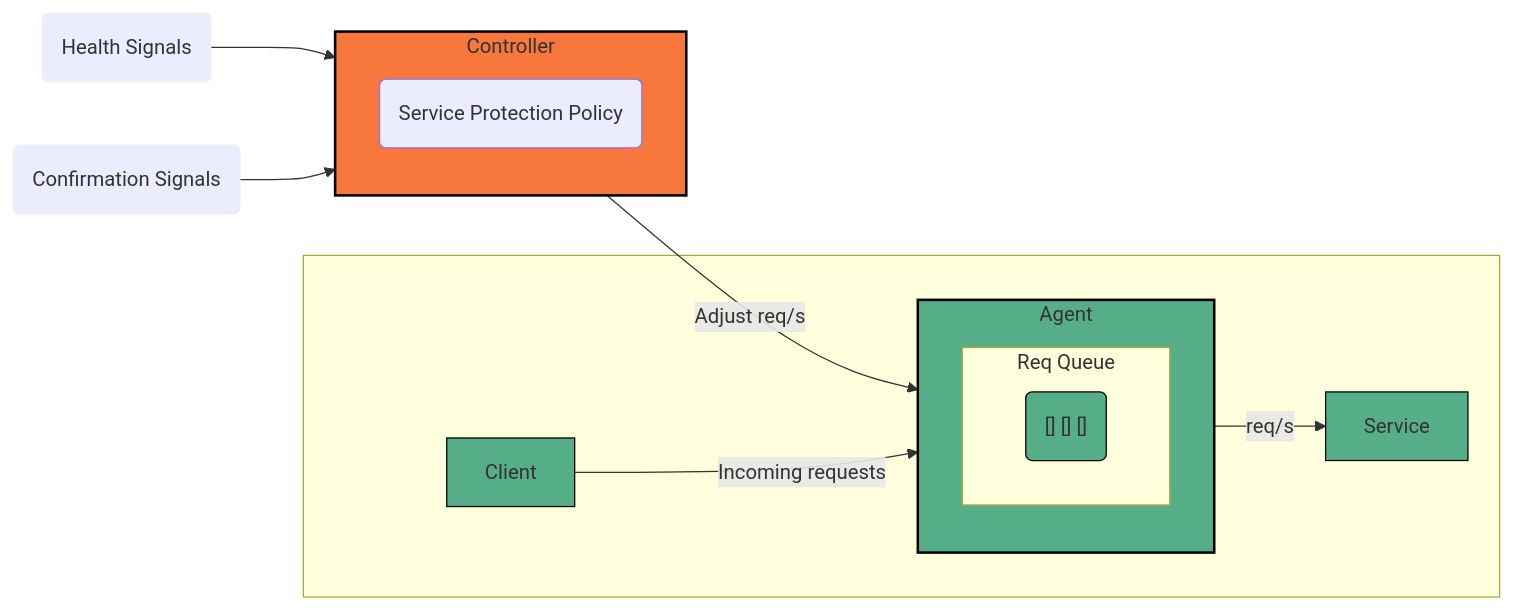
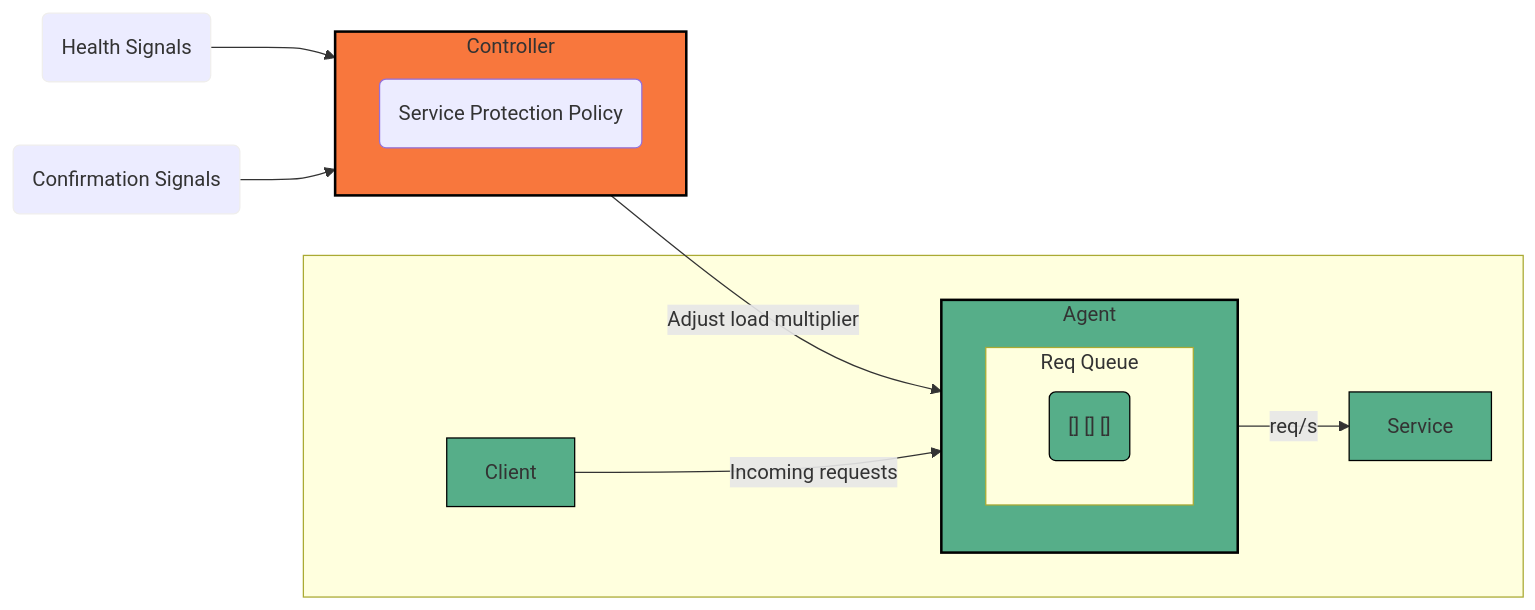
Before and after one commit to fluxninja/aperture: the diagram in docs/content/use-cases/assets/service-protection.mmd, drawn with Mermaid. The commit also changed 4 other files, not shown here.

```diff
--- a/docs/content/use-cases/assets/service-protection.mmd
+++ b/docs/content/use-cases/assets/service-protection.mmd
@@ -1,31 +1,31 @@
 flowchart LR
 
 classDef Controller fill:#F8773D,stroke:#000000,stroke-width:2px;
 classDef Agent fill:#56AE89,stroke:#000000,stroke-width:2px;
 classDef Signal stroke:#EFEEED,stroke-width:1px;
 classDef Service fill:#56AE89,stroke:#000000,stroke-width:1px;
 
 HS("Health Signals") --> Controller
 class HS Signal
 CS("Confirmation Signals") --> Controller
 class CS Signal
 subgraph "Controller"
   policy("Service Protection Policy")
 end
 
-Controller -- "Adjust req/s" --> Agent
+Controller -- "Adjust load multiplier" --> Agent
 class Controller Controller
 
 subgraph " "
 Client -- "Incoming requests" --> Agent
 class Client Service
 	subgraph "Agent"
 	    subgraph "Req Queue"
 				packets("[] [] []")
 	      class packets Service
 			end
   end
 Agent -- "req/s" --> Service
 class Agent Agent
 class Service Service
 end
```
